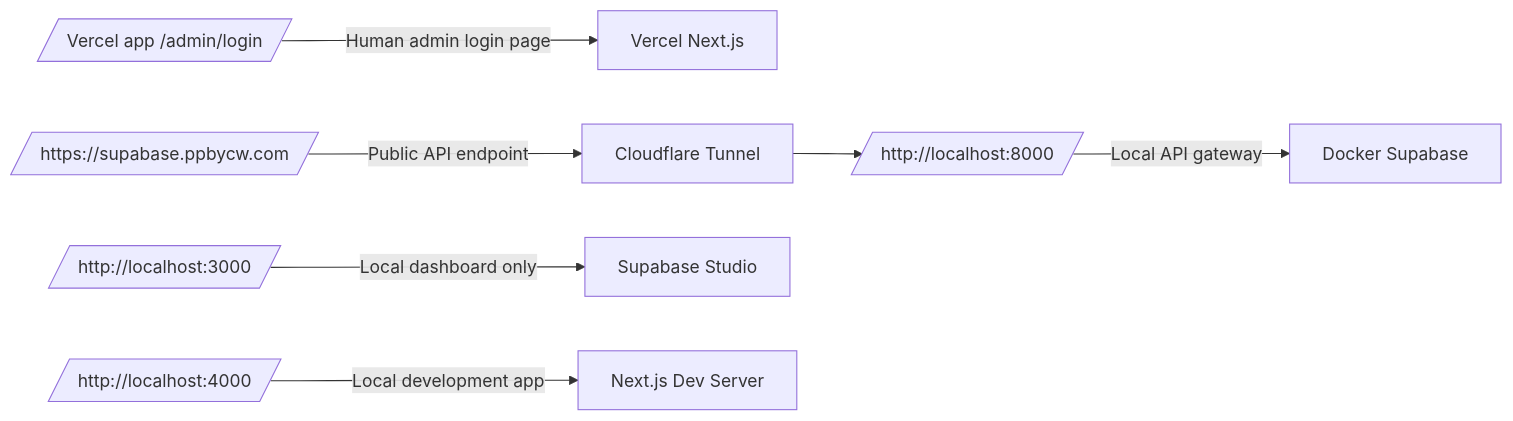
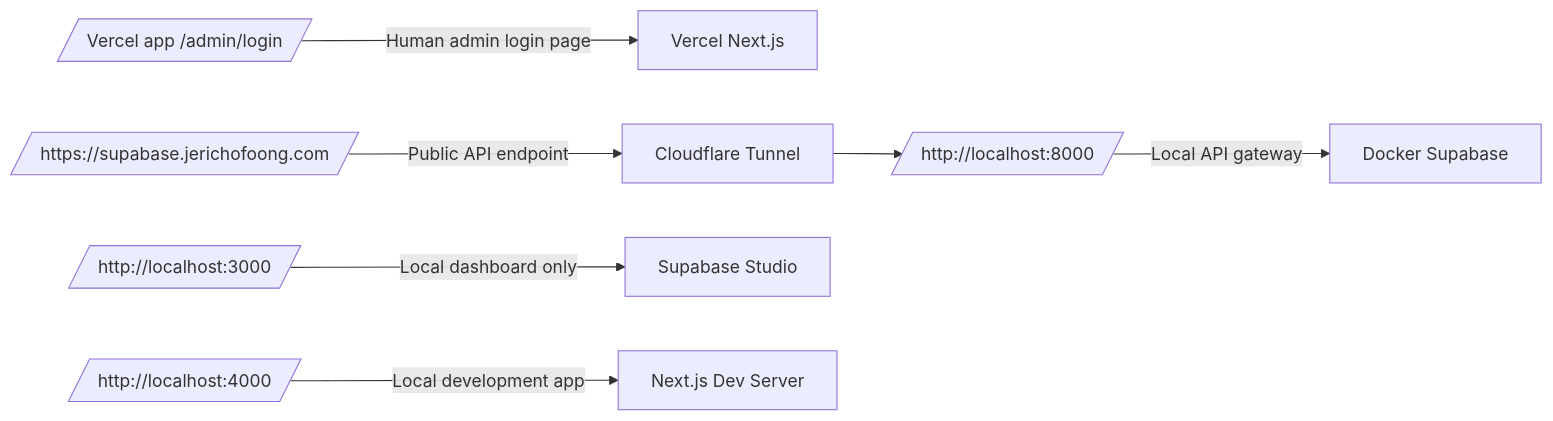
One commit to jericho0521/reservation-app changed the fifth of 6 diagrams in docs/supabase/LOCAL_SUPABASE_ARCHITECTURE.md. Above: the diagram before and after it, drawn with Mermaid. The commit also changed other lines of this file and 9 other files, not shown here.

Commit message:
docs: standardize Supabase public endpoint

````diff
--- a/docs/supabase/LOCAL_SUPABASE_ARCHITECTURE.md
+++ b/docs/supabase/LOCAL_SUPABASE_ARCHITECTURE.md
@@ -112,15 +116,15 @@
 ```mermaid
 flowchart LR
     AppLogin[/Vercel app /admin/login/]
-    SupabasePublic[/https://supabase.ppbycw.com/]
+    SupabasePublic[/https://supabase.jerichofoong.com/]
     SupabaseLocal[/http://localhost:8000/]
     StudioLocal[/http://localhost:3000/]
     NextLocal[/http://localhost:4000/]
 
     AppLogin -->|Human admin login page| Vercel[Vercel Next.js]
     SupabasePublic -->|Public API endpoint| CF[Cloudflare Tunnel]
     CF --> SupabaseLocal
     SupabaseLocal -->|Local API gateway| DockerSupabase[Docker Supabase]
     StudioLocal -->|Local dashboard only| Studio[Supabase Studio]
     NextLocal -->|Local development app| Dev[Next.js Dev Server]
 ```
````
